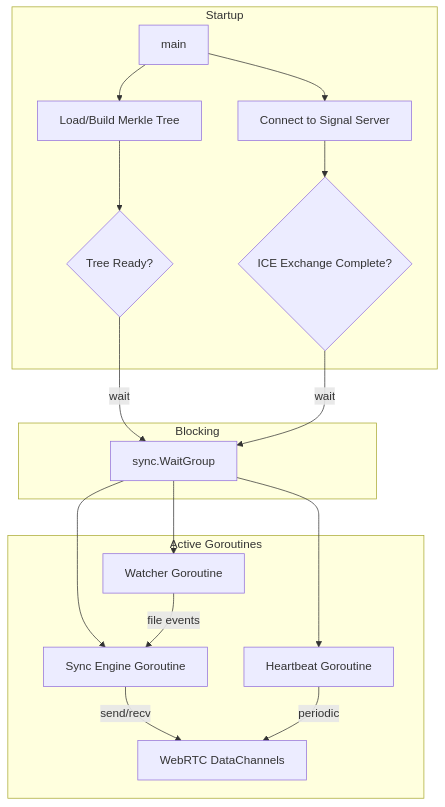
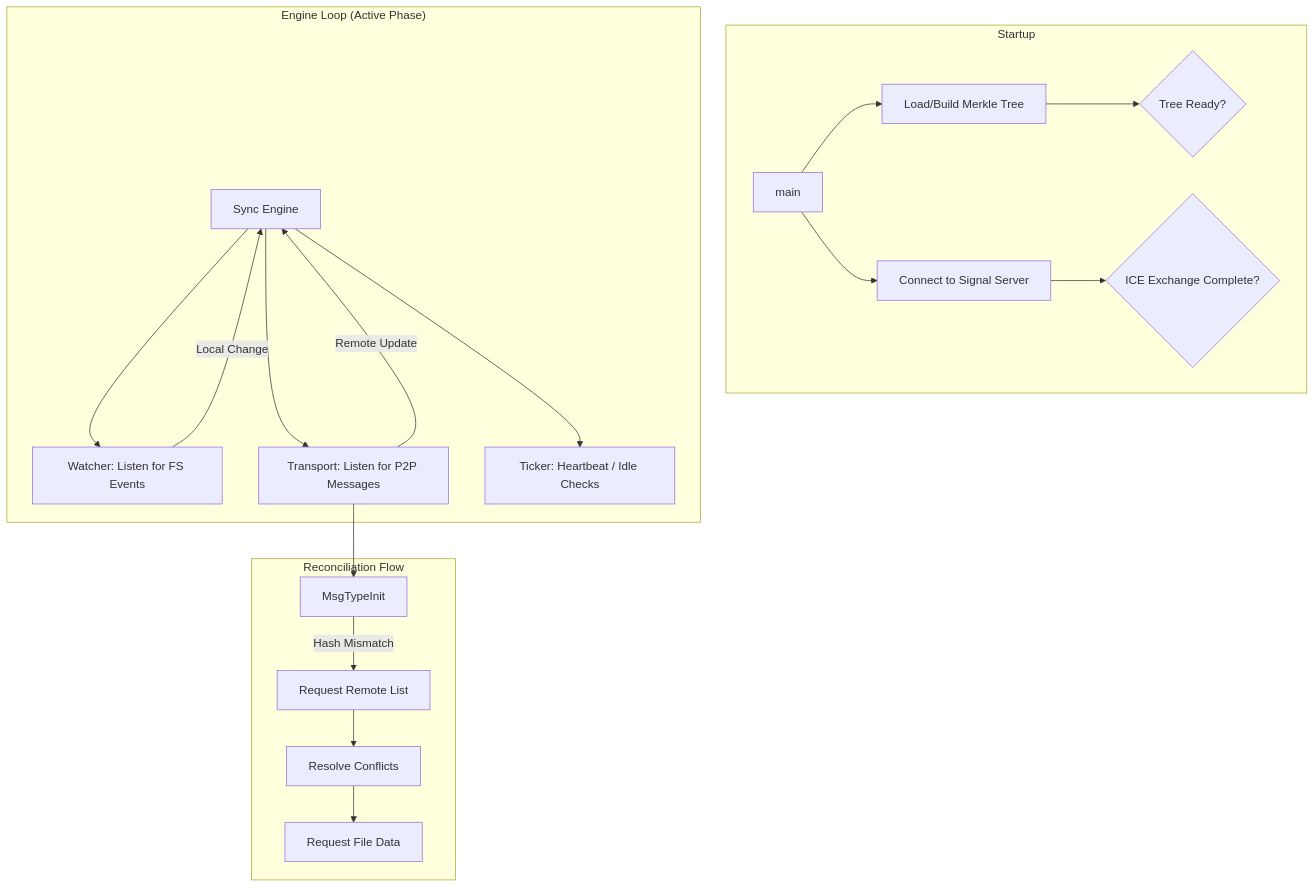
The diagram in daemon/README.md (kevinxiao27/psync), drawn with Mermaid before and after one commit. The commit also changed other lines of this file and 1 other file, not shown here.

````diff
--- a/daemon/README.md
+++ b/daemon/README.md
@@ -7,24 +347,25 @@
 ```mermaid
 flowchart TD
     subgraph Startup
         A[main] --> B[Load/Build Merkle Tree]
         A --> C[Connect to Signal Server]
         B --> D{Tree Ready?}
         C --> E{ICE Exchange Complete?}
     end
 
-    subgraph Blocking
-        D -->|wait| F[sync.WaitGroup]
-        E -->|wait| F
+    subgraph "Engine Loop (Active Phase)"
+        F[Sync Engine] --> G[Watcher: Listen for FS Events]
+        F --> H[Transport: Listen for P2P Messages]
+        F --> I[Ticker: Heartbeat / Idle Checks]
+        
+        G -->|Local Change| F
+        H -->|Remote Update| F
     end
 
-    subgraph "Active Goroutines"
-        F --> G[Watcher Goroutine]
-        F --> H[Sync Engine Goroutine]
-        F --> I[Heartbeat Goroutine]
-        
-        G -->|file events| H
-        H -->|send/recv| J[WebRTC DataChannels]
-        I -->|periodic| J
+    subgraph "Reconciliation Flow"
+        H --> J[MsgTypeInit]
+        J -->|Hash Mismatch| K[Request Remote List]
+        K --> L[Resolve Conflicts]
+        L --> M[Request File Data]
     end
 ```
````
